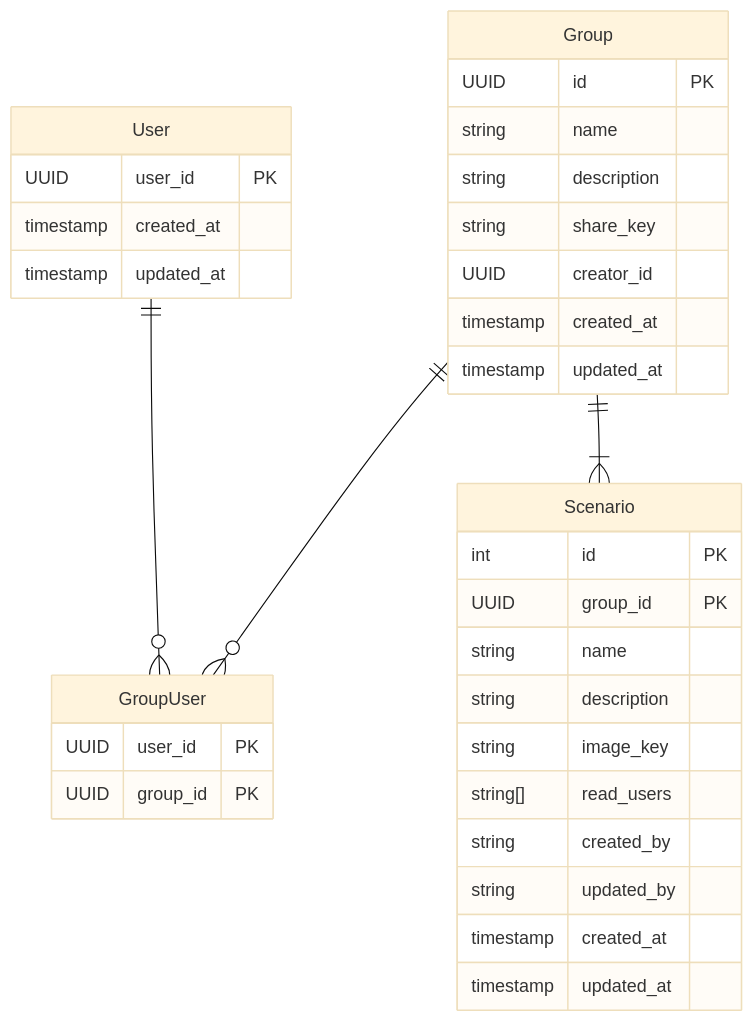
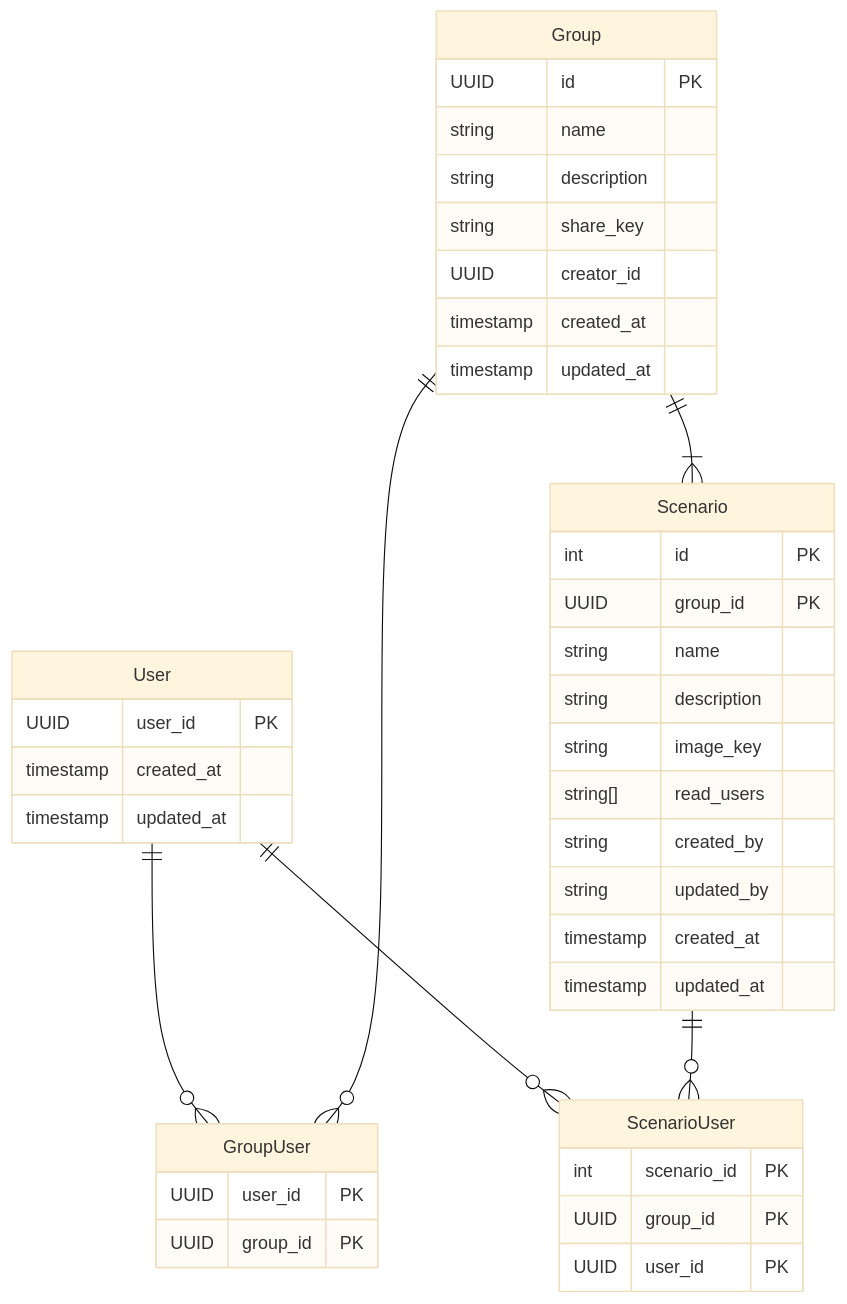
The diagram in 仕様書/システム構造設計書.md (Keito654/trpg-manager), drawn with Mermaid (base theme) before and after one commit.

````diff
--- a/仕様書/システム構造設計書.md
+++ b/仕様書/システム構造設計書.md
@@ -19,36 +19,44 @@
 ```mermaid
 erDiagram
     User ||--o{ GroupUser : ""
     Group ||--o{ GroupUser : ""
     Group ||--|{ Scenario : ""
+    User ||--o{ ScenarioUser : ""
+    Scenario ||--o{ ScenarioUser : ""
+    
     User {
       UUID user_id PK
       timestamp created_at
       timestamp updated_at
     }
     Group {
       UUID id PK
       string name
       string description
       string share_key
       UUID creator_id
       timestamp created_at
       timestamp updated_at
     }
     GroupUser {
       UUID user_id PK
       UUID group_id PK
     }
     Scenario {
       int id PK
       UUID group_id PK
       string name
       string description
       string image_key
       string[] read_users
       string created_by
       string updated_by
       timestamp created_at
       timestamp updated_at
     }
+    ScenarioUser {
+      int scenario_id PK
+      UUID group_id PK
+      UUID user_id PK
+    }
 ```
````
